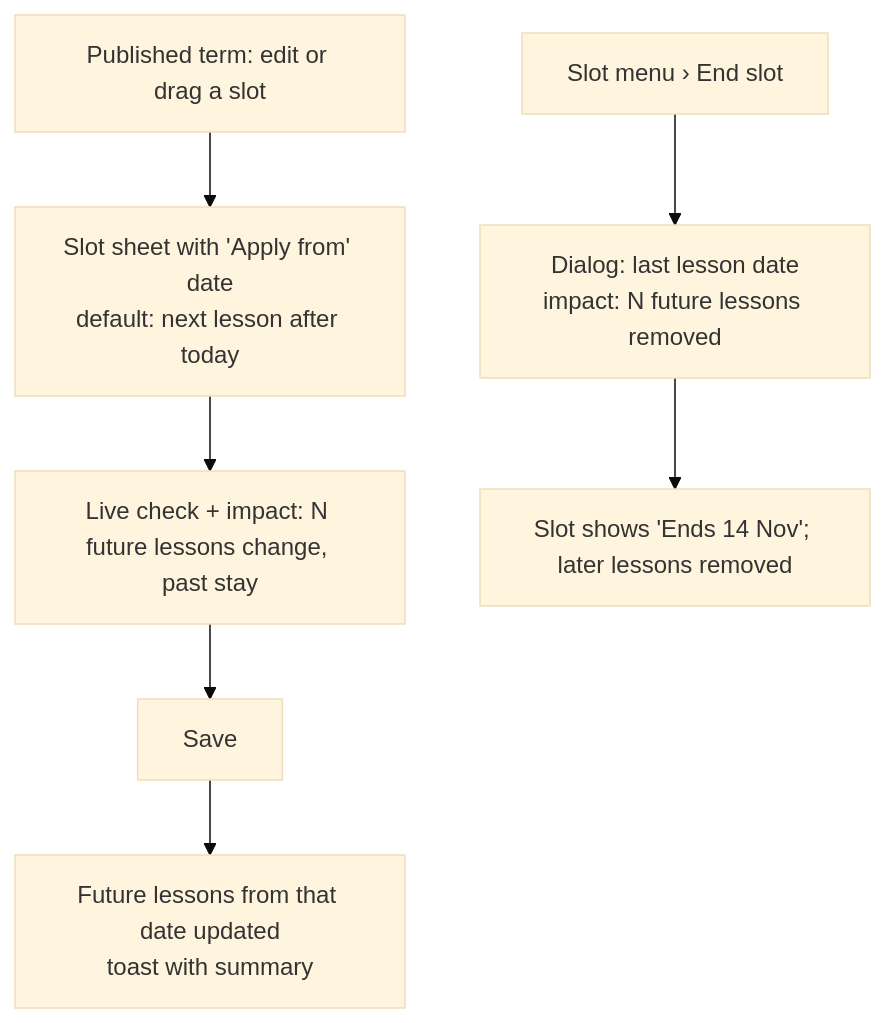
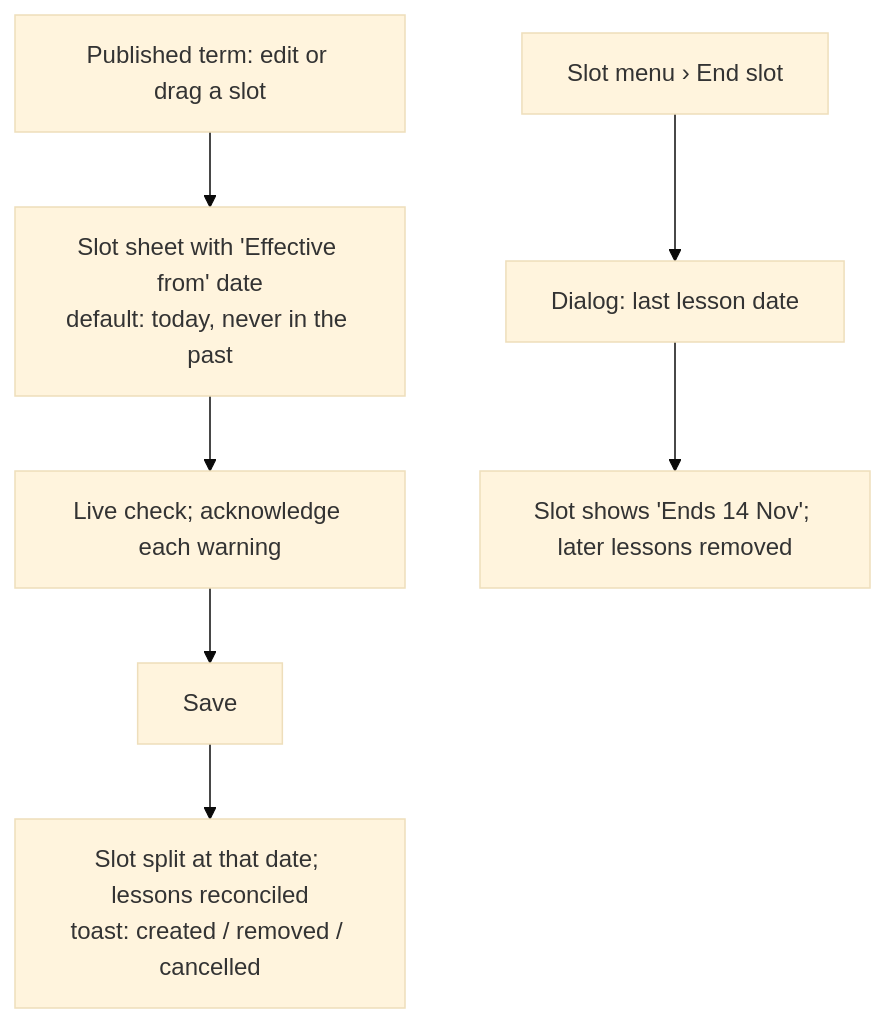
The second of 3 diagrams in docs/design/timetable.md (NoncommissionedRush/schoolmanager), drawn with Mermaid (base theme) before and after one commit. The commit also changed other lines of this file and 3 other files, not shown here.

````diff
--- a/docs/design/timetable.md
+++ b/docs/design/timetable.md
@@ -110,8 +126,8 @@
 ```mermaid
 flowchart TD
-  E[Published term: edit or drag a slot] --> F[Slot sheet with 'Apply from' date<br/>default: next lesson after today]
-  F --> V[Live check + impact: N future lessons change, past stay]
-  V --> SV[Save] --> R[Future lessons from that date updated<br/>toast with summary]
-  X[Slot menu › End slot] --> D[Dialog: last lesson date<br/>impact: N future lessons removed]
+  E[Published term: edit or drag a slot] --> F[Slot sheet with 'Effective from' date<br/>default: today, never in the past]
+  F --> V[Live check; acknowledge each warning]
+  V --> SV[Save] --> R[Slot split at that date; lessons reconciled<br/>toast: created / removed / cancelled]
+  X[Slot menu › End slot] --> D[Dialog: last lesson date]
   D --> EN[Slot shows 'Ends 14 Nov'; later lessons removed]
 ```
````
